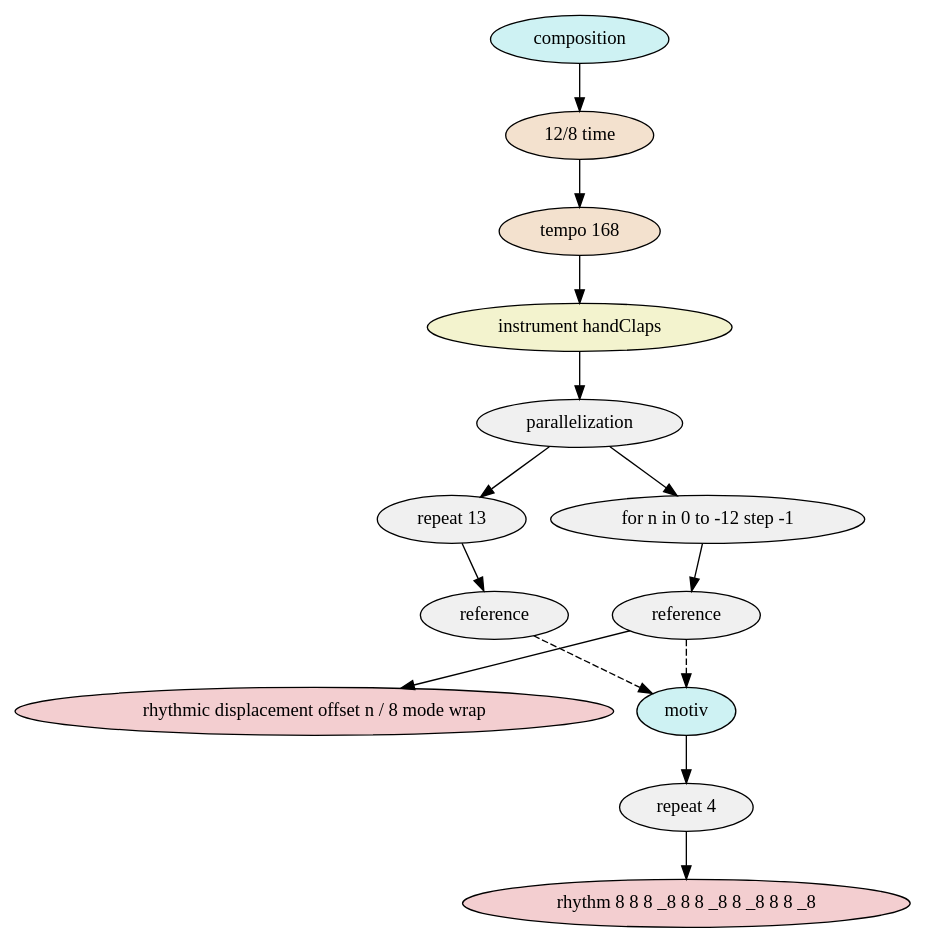
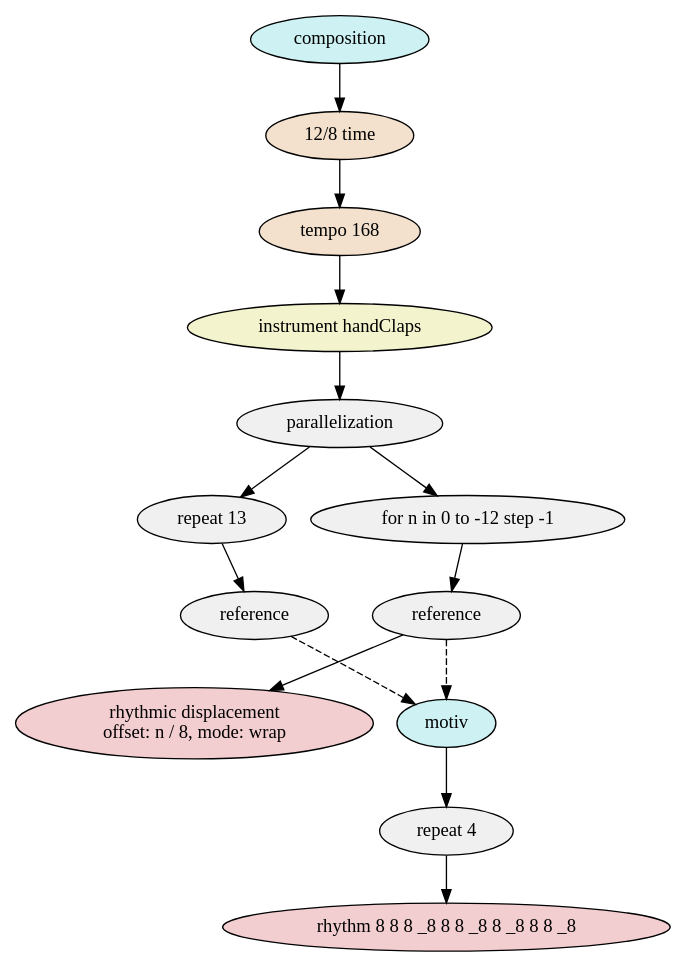
Before and after one commit to david-pace/mps-examples: the diagram in Composition Models/Reich/Clapping Music/Clapping Music_TreeModel.dot, drawn with Graphviz. The commit also changed 34 other files, not shown here.

```diff
--- a/Composition Models/Reich/Clapping Music/Clapping Music_TreeModel.dot
+++ b/Composition Models/Reich/Clapping Music/Clapping Music_TreeModel.dot
@@ -1,29 +1,30 @@
 digraph compositionModel {
     graph [ordering="out"];
     n0 [fillcolor="#cef2f3",style="filled",label="composition"];
     n1 [fillcolor="#f3e1ce",style="filled",label="12/8 time"];
     n0 -> n1;
     n2 [fillcolor="#f3e1ce",style="filled",label="tempo 168"];
     n1 -> n2;
     n3 [fillcolor="#f3f3ce",style="filled",label="instrument handClaps"];
     n2 -> n3;
     n4 [fillcolor="#f0f0f0",style="filled",label="parallelization"];
     n3 -> n4;
     n5 [fillcolor="#f0f0f0",style="filled",label="repeat 13"];
     n4 -> n5;
     n6 [fillcolor="#f0f0f0",style="filled",label="reference"];
     n5 -> n6;
     n7 [fillcolor="#f0f0f0",style="filled",label="for n in 0 to -12 step -1"];
     n4 -> n7;
     n8 [fillcolor="#f0f0f0",style="filled",label="reference"];
     n7 -> n8;
-    n9 [fillcolor="#f3ced0",style="filled",label="rhythmic displacement offset n / 8 mode wrap"];
+    n9 [fillcolor="#f3ced0",style="filled",label="rhythmic displacement
+offset: n / 8, mode: wrap"];
     n8 -> n9;
     n10 [fillcolor="#cef2f3",style="filled",label="motiv"];
     n11 [fillcolor="#f0f0f0",style="filled",label="repeat 4"];
     n10 -> n11;
     n12 [fillcolor="#f3ced0",style="filled",label="rhythm 8 8 8 _8 8 8 _8 8 _8 8 8 _8"];
     n11 -> n12;
     n6 -> n10 [style="dashed"];
     n8 -> n10 [style="dashed"];
 }
```
